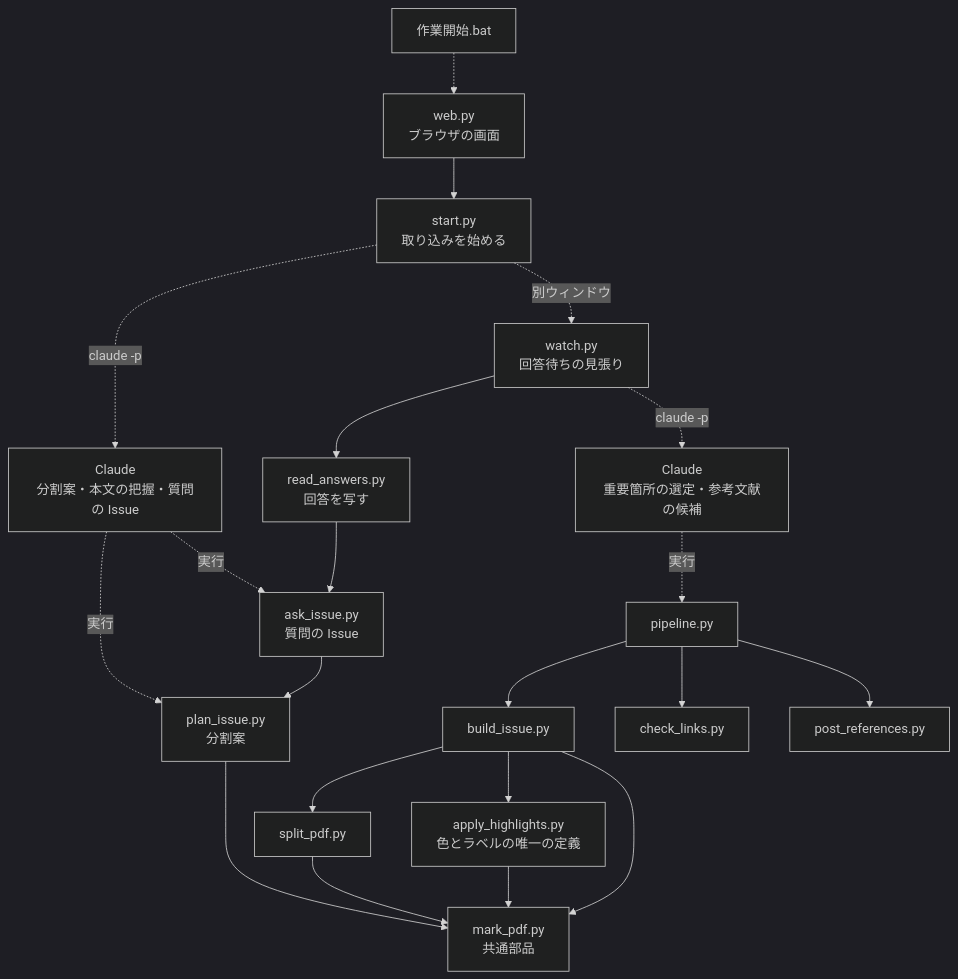
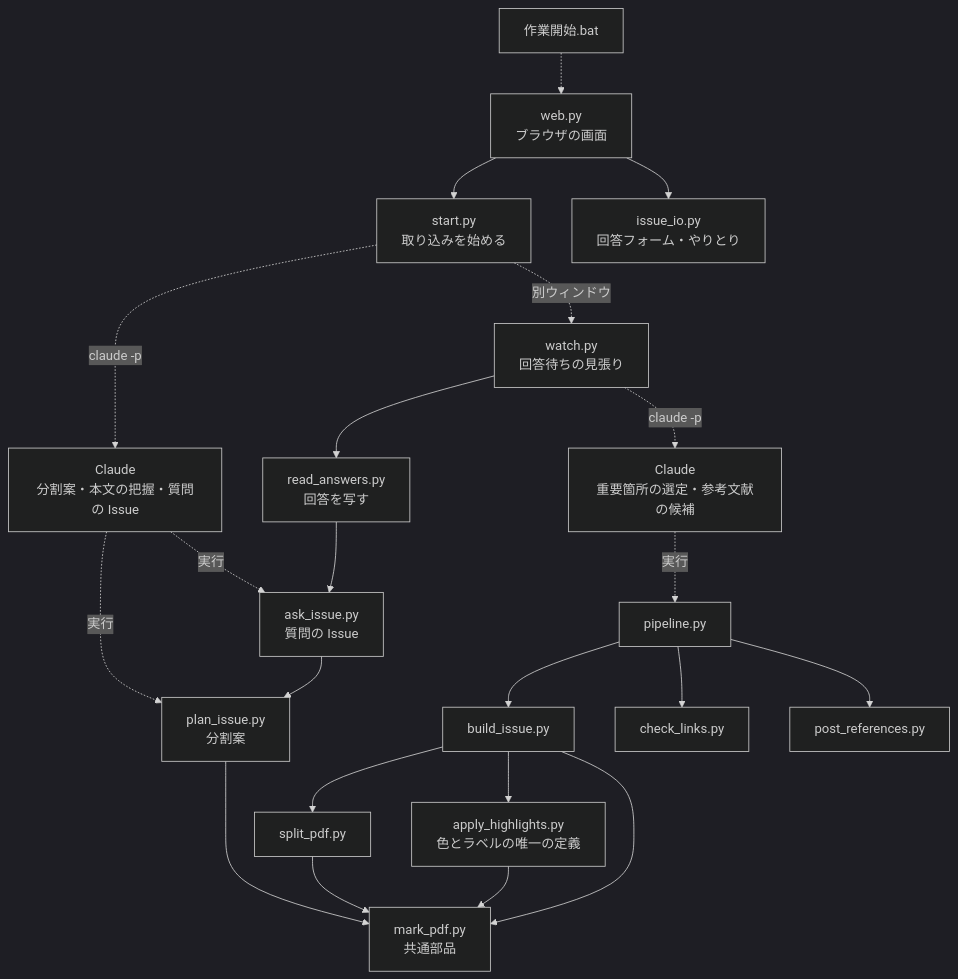
Before and after one commit to eno-conan/dopagaki-publications-highlighter: the third of 3 diagrams in docs/flow.md, drawn with Mermaid (dark theme). The commit also changed 31 other files, not shown here.

````diff
--- a/docs/flow.md
+++ b/docs/flow.md
@@ -86,26 +86,27 @@
 ```mermaid
 flowchart TD
     BAT["作業開始.bat"] -.-> WEB["web.py<br/>ブラウザの画面"]
     WEB --> START["start.py<br/>取り込みを始める"]
+    WEB --> IO["issue_io.py<br/>回答フォーム・やりとり"]
     START -. "claude -p" .-> PLANAI["Claude<br/>分割案・本文の把握・質問の Issue"]
     PLANAI -. "実行" .-> PLAN["plan_issue.py<br/>分割案"]
     PLANAI -. "実行" .-> ASK["ask_issue.py<br/>質問の Issue"]
     START -. "別ウィンドウ" .-> WATCH["watch.py<br/>回答待ちの見張り"]
     WATCH --> READ["read_answers.py<br/>回答を写す"]
     READ --> ASK
     ASK --> PLAN
     WATCH -. "claude -p" .-> SELECT["Claude<br/>重要箇所の選定・参考文献の候補"]
     SELECT -. "実行" .-> PIPE["pipeline.py"]
 
     PIPE --> BUILD["build_issue.py"]
     PIPE --> CHECK["check_links.py"]
     PIPE --> POST["post_references.py"]
 
     BUILD --> SPLIT["split_pdf.py"]
     BUILD --> APPLY["apply_highlights.py<br/>色とラベルの唯一の定義"]
 
     PLAN --> MARK["mark_pdf.py<br/>共通部品"]
     SPLIT --> MARK
     APPLY --> MARK
     BUILD --> MARK
 ```
````
